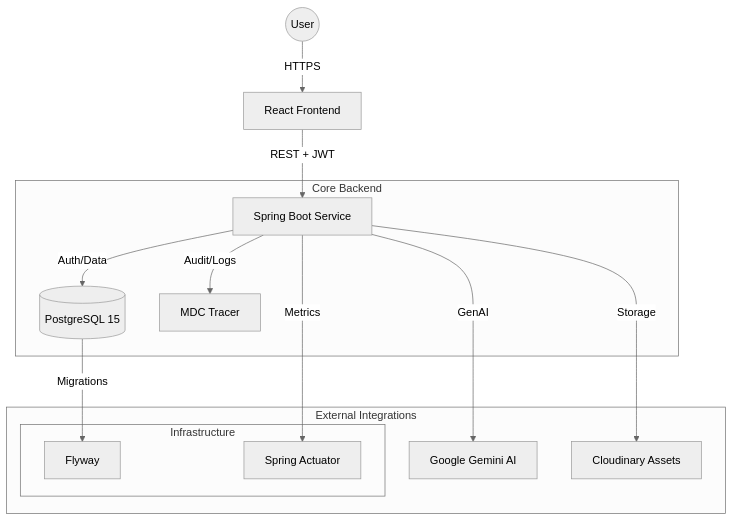
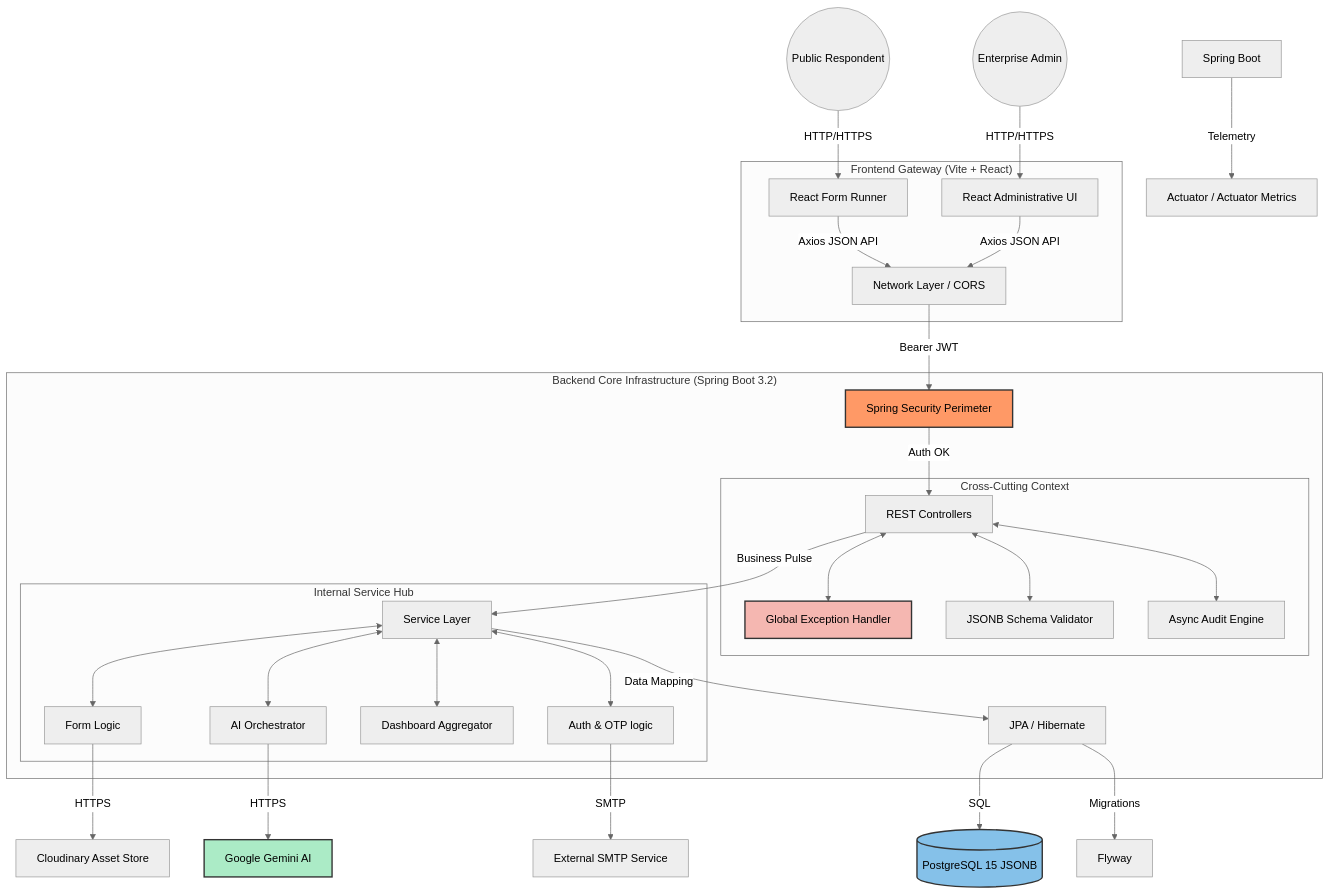
Before and after one commit to bluepal-ashok-patcha/FormCraft: the first of 6 diagrams in docs/Architecture.md, drawn with Mermaid (neutral theme). The commit also changed other lines of this file and 5 other files, not shown here.

Commit message:
docs: update architecture, lifecycle, and testing documentation; add project walkthrough

````diff
--- a/docs/Architecture.md
+++ b/docs/Architecture.md
@@ -24,19 +26,50 @@
 ```mermaid
 graph TD
-    User((User)) -->|HTTPS| Frontend[React Frontend]
-    Frontend -->|REST + JWT| Backend[Spring Boot Service]
+    %% Client & Network Entry
+    Respondent((Public Respondent)) -->|HTTP/HTTPS| F1[React Form Runner]
+    Admin((Enterprise Admin)) -->|HTTP/HTTPS| F2[React Administrative UI]
     
-    subgraph "Core Backend"
-        Backend -->|Auth/Data| DB[(PostgreSQL 15)]
-        Backend -->|Audit/Logs| Logs[MDC Tracer]
+    subgraph "Frontend Gateway (Vite + React)"
+        F1 & F2 -->|Axios JSON API| Net[Network Layer / CORS]
     end
+
+    Net -->|Bearer JWT| Sec[Spring Security Perimeter]
+
+    subgraph "Backend Core Infrastructure (Spring Boot 3.2)"
+        Sec -->|Auth OK| Ctrl[REST Controllers]
+        
+        subgraph "Cross-Cutting Context"
+            Ctrl <--> GEH[Global Exception Handler]
+            Ctrl <--> Val[JSONB Schema Validator]
+            Ctrl <--> Aud[Async Audit Engine]
+        end
+        
+        Ctrl -->|Business Pulse| Svc[Service Layer]
+        
+        subgraph "Internal Service Hub"
+            Svc <--> Form[Form Logic]
+            Svc <--> AI[AI Orchestrator]
+            Svc <--> Stat[Dashboard Aggregator]
+            Svc <--> SecSvc[Auth & OTP logic]
+        end
+        
+        Svc -->|Data Mapping| Map[JPA / Hibernate]
+    end
+
+    %% Persistence & External Layer
+    Map -->|SQL| DB[(PostgreSQL 15 JSONB)]
+    Map -->|Migrations| FW[Flyway]
     
-    subgraph "External Integrations"
-        Backend -->|GenAI| Gemini[Google Gemini AI]
-        Backend -->|Storage| Cloud[Cloudinary Assets]
-    subgraph "Infrastructure"
-        DB -->|Migrations| FW[Flyway]
-        Backend -->|Metrics| Act[Spring Actuator]
-    end
-    end
+    SecSvc -->|SMTP| Mail[External SMTP Service]
+    AI -->|HTTPS| Gemini[Google Gemini AI]
+    Form -->|HTTPS| Cloud[Cloudinary Asset Store]
+    
+    %% Monitoring
+    Backend[Spring Boot] -->|Telemetry| Act[Actuator / Actuator Metrics]
+    
+    %% Styling
+    style Sec fill:#f96,stroke:#333,stroke-width:2px
+    style DB fill:#85c1e9,stroke:#333,stroke-width:2px
+    style Gemini fill:#abebc6,stroke:#333,stroke-width:2px
+    style GEH fill:#f5b7b1,stroke:#333,stroke-width:2px
 ```
````
